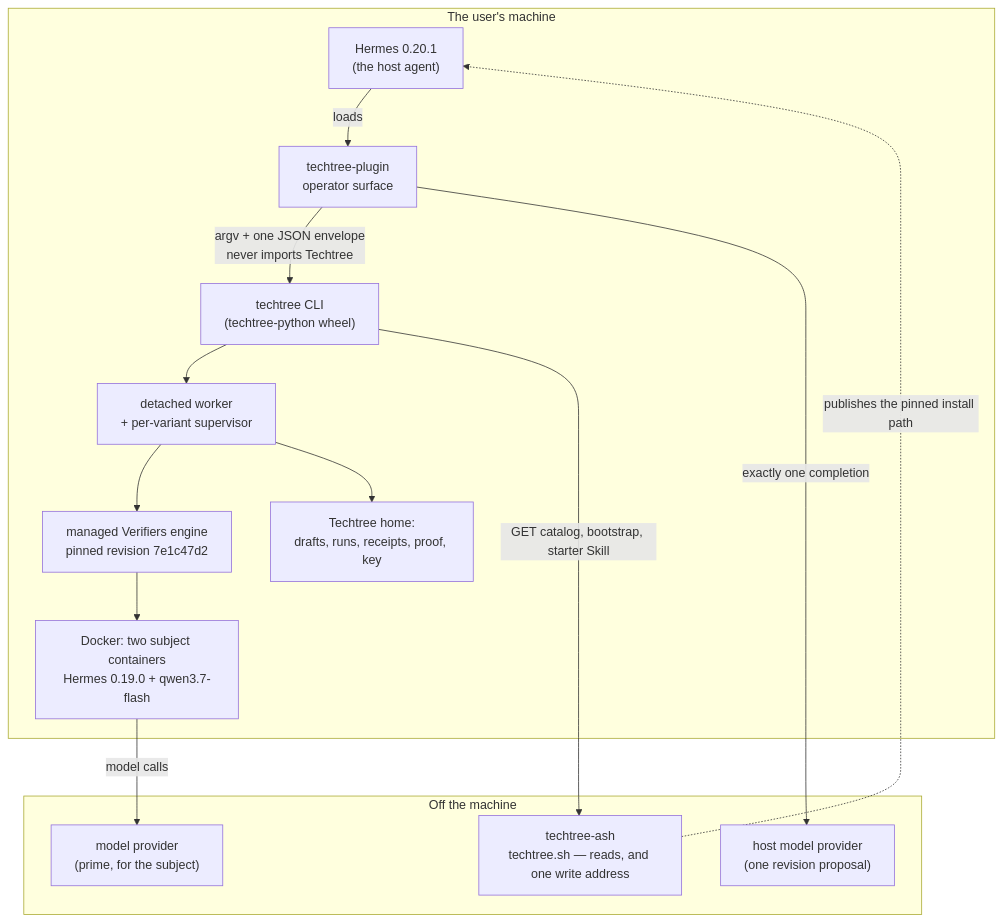
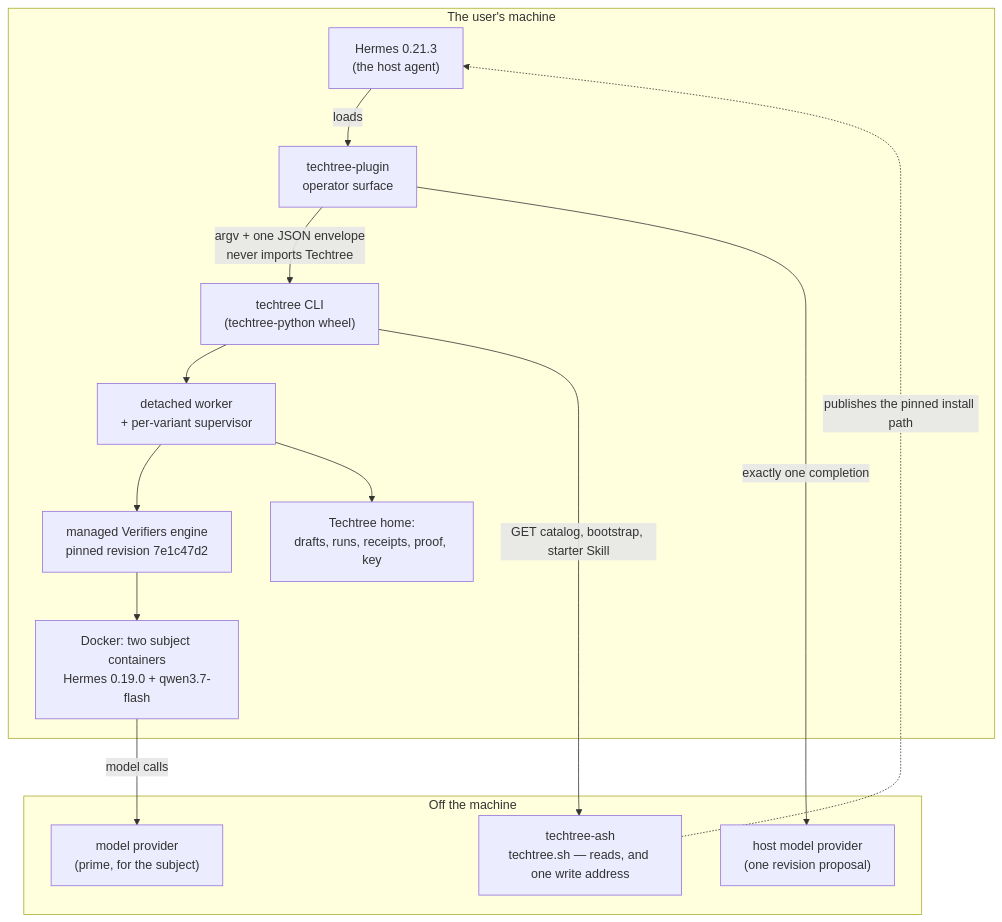
The first of 6 diagrams in cli/docs/product-architecture.md (regents-ai/techtree), drawn with Mermaid before and after one commit. The commit also changed other lines of this file and 19 other files, not shown here.

````diff
--- a/cli/docs/product-architecture.md
+++ b/cli/docs/product-architecture.md
@@ -888,26 +888,26 @@
 ```mermaid
 graph TB
     subgraph host["The user's machine"]
-        H["Hermes 0.20.1<br/>(the host agent)"]
+        H["Hermes 0.21.3<br/>(the host agent)"]
         P["techtree-plugin<br/>operator surface"]
         C["techtree CLI<br/>(techtree-python wheel)"]
         W["detached worker<br/>+ per-variant supervisor"]
         E["managed Verifiers engine<br/>pinned revision 7e1c47d2"]
         D["Docker: two subject containers<br/>Hermes 0.19.0 + qwen3.7-flash"]
         S["Techtree home:<br/>drafts, runs, receipts, proof, key"]
     end
     subgraph net["Off the machine"]
         A["techtree-ash<br/>techtree.sh — reads, and one write address"]
         PR["model provider<br/>(prime, for the subject)"]
         HP["host model provider<br/>(one revision proposal)"]
     end
 
     H -->|loads| P
     P -->|"argv + one JSON envelope<br/>never imports Techtree"| C
     P -->|"exactly one completion"| HP
     C --> W --> E --> D
     D -->|model calls| PR
     W --> S
     C -->|"GET catalog, bootstrap, starter Skill"| A
     A -.->|"publishes the pinned install path"| H
 ```
````
